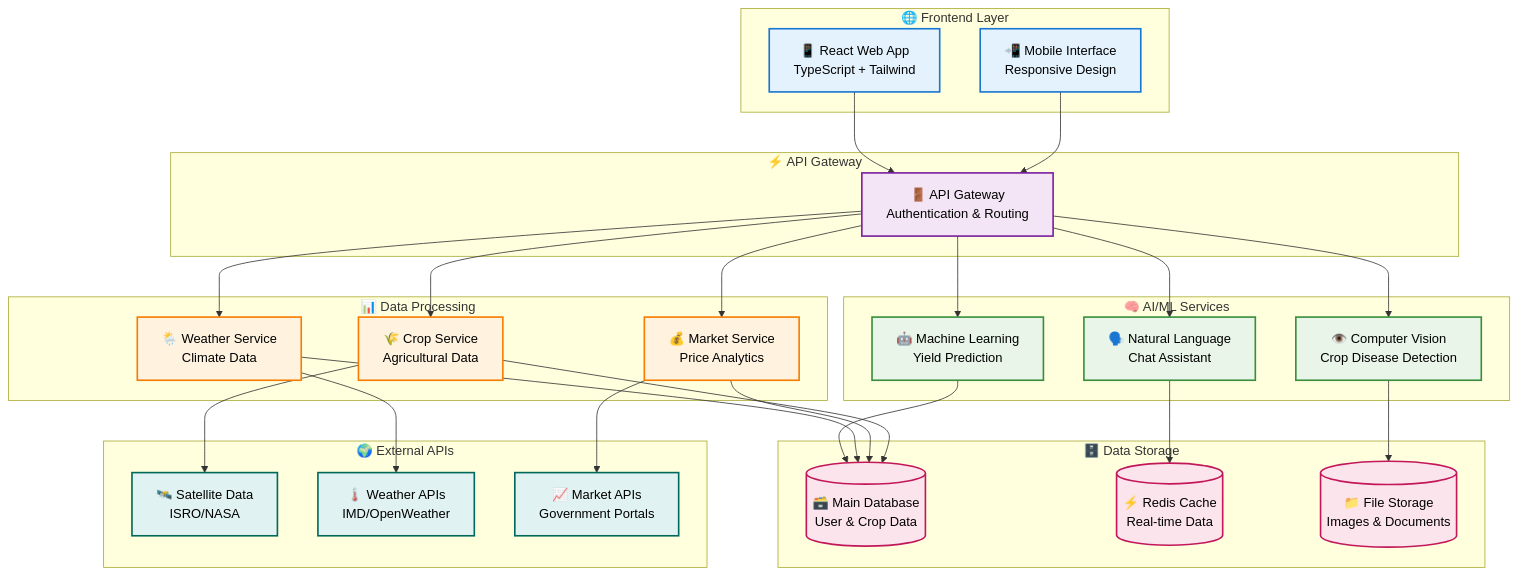
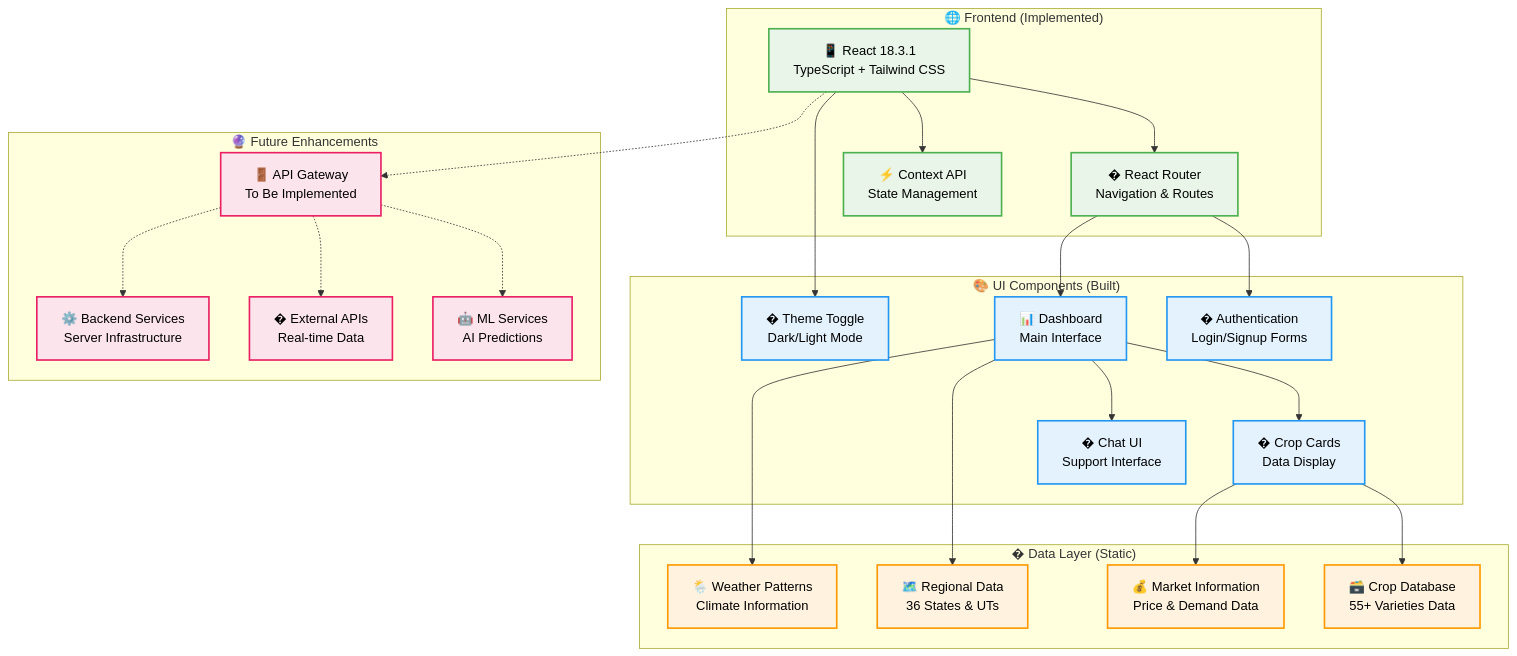
One commit to KGFCH2/CropAI_India changed the second of 9 diagrams in README.md. Above: the diagram before and after it, drawn with Mermaid. The commit also changed other lines of this file, not shown here.

````diff
--- a/README.md
+++ b/README.md
@@ -323,69 +323,59 @@
 ```mermaid
 graph TB
-    subgraph "🌐 Frontend Layer"
-        UI[📱 React Web App<br/>TypeScript + Tailwind]
-        Mobile[📲 Mobile Interface<br/>Responsive Design]
+    subgraph "🌐 Frontend (Implemented)"
+        UI[📱 React 18.3.1<br/>TypeScript + Tailwind CSS]
+        Router[�️ React Router<br/>Navigation & Routes]
+        State[⚡ Context API<br/>State Management]
     end
     
-    subgraph "⚡ API Gateway"
-        Gateway[🚪 API Gateway<br/>Authentication & Routing]
+    subgraph "🎨 UI Components (Built)"
+        Auth[� Authentication<br/>Login/Signup Forms]
+        Dashboard[📊 Dashboard<br/>Main Interface]
+        Cards[� Crop Cards<br/>Data Display]
+        Chat[� Chat UI<br/>Support Interface]
+        Theme[� Theme Toggle<br/>Dark/Light Mode]
     end
     
-    subgraph "🧠 AI/ML Services"
-        ML[🤖 Machine Learning<br/>Yield Prediction]
-        Vision[👁️ Computer Vision<br/>Crop Disease Detection]
-        NLP[🗣️ Natural Language<br/>Chat Assistant]
+    subgraph "� Data Layer (Static)"
+        CropDB[🗃️ Crop Database<br/>55+ Varieties Data]
+        Regional[🗺️ Regional Data<br/>36 States & UTs]
+        Market[💰 Market Information<br/>Price & Demand Data]
+        Weather[🌦️ Weather Patterns<br/>Climate Information]
     end
     
-    subgraph "📊 Data Processing"
-        Weather[🌦️ Weather Service<br/>Climate Data]
-        Market[💰 Market Service<br/>Price Analytics]
-        Crop[🌾 Crop Service<br/>Agricultural Data]
+    subgraph "🔮 Future Enhancements"
+        API[🚪 API Gateway<br/>To Be Implemented]
+        ML[🤖 ML Services<br/>AI Predictions]
+        External[� External APIs<br/>Real-time Data]
+        Backend[⚙️ Backend Services<br/>Server Infrastructure]
     end
     
-    subgraph "🗄️ Data Storage"
-        DB[(🗃️ Main Database<br/>User & Crop Data)]
-        Cache[(⚡ Redis Cache<br/>Real-time Data)]
-        Files[(📁 File Storage<br/>Images & Documents)]
-    end
+    UI --> Router
+    UI --> State
+    Router --> Auth
+    Router --> Dashboard
+    Dashboard --> Cards
+    Dashboard --> Chat
+    UI --> Theme
     
-    subgraph "🌍 External APIs"
-        Satellite[🛰️ Satellite Data<br/>ISRO/NASA]
-        WeatherAPI[🌡️ Weather APIs<br/>IMD/OpenWeather]
-        MarketAPI[📈 Market APIs<br/>Government Portals]
-    end
+    Cards --> CropDB
+    Dashboard --> Regional
+    Cards --> Market
+    Dashboard --> Weather
     
-    UI --> Gateway
-    Mobile --> Gateway
-    Gateway --> ML
-    Gateway --> Vision
-    Gateway --> NLP
-    Gateway --> Weather
-    Gateway --> Market
-    Gateway --> Crop
+    %% Future connections (dashed)
+    API -.-> ML
+    API -.-> External
+    API -.-> Backend
+    UI -.-> API
     
-    ML --> DB
-    Vision --> Files
-    NLP --> Cache
-    Weather --> WeatherAPI
-    Market --> MarketAPI
-    Crop --> Satellite
+    classDef implemented fill:#e8f5e8,stroke:#4caf50,stroke-width:2px,color:#000
+    classDef component fill:#e3f2fd,stroke:#2196f3,stroke-width:2px,color:#000
+    classDef data fill:#fff3e0,stroke:#ff9800,stroke-width:2px,color:#000
+    classDef future fill:#fce4ec,stroke:#e91e63,stroke-width:2px,color:#000
     
-    Weather --> DB
-    Market --> DB
-    Crop --> DB
-    
-    classDef frontend fill:#e3f2fd,stroke:#1976d2,stroke-width:2px,color:#000
-    classDef api fill:#f3e5f5,stroke:#7b1fa2,stroke-width:2px,color:#000
-    classDef ai fill:#e8f5e8,stroke:#388e3c,stroke-width:2px,color:#000
-    classDef data fill:#fff3e0,stroke:#f57c00,stroke-width:2px,color:#000
-    classDef storage fill:#fce4ec,stroke:#c2185b,stroke-width:2px,color:#000
-    classDef external fill:#e0f2f1,stroke:#00695c,stroke-width:2px,color:#000
-    
-    class UI,Mobile frontend
-    class Gateway api
-    class ML,Vision,NLP ai
-    class Weather,Market,Crop data
-    class DB,Cache,Files storage
-    class Satellite,WeatherAPI,MarketAPI external
+    class UI,Router,State implemented
+    class Auth,Dashboard,Cards,Chat,Theme component
+    class CropDB,Regional,Market,Weather data
+    class API,ML,External,Backend future
 ```
````
